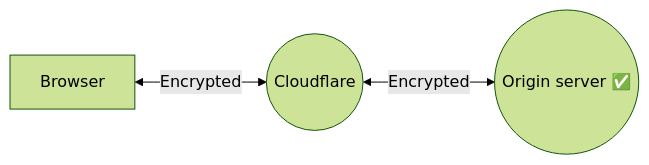
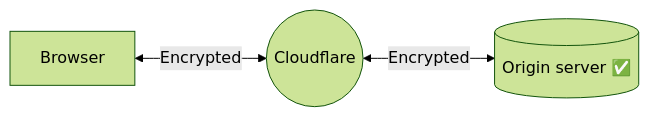
The diagram in content/ssl/origin-configuration/ssl-modes/full-strict.md (cloudflare/cloudflare-docs), drawn with Mermaid (forest theme) before and after one commit.

Commit message:
Full strict fix?

```diff
--- a/content/ssl/origin-configuration/ssl-modes/full-strict.md
+++ b/content/ssl/origin-configuration/ssl-modes/full-strict.md
@@ -13,6 +13,6 @@
 <div class="mermaid">
 flowchart LR
     accTitle: Full - Strict SSL/TLS Encryption
     accDescr: With an encryption mode of Full (strict), your application encrypts traffic going to and coming from Cloudflare.
-    A[Browser] <--Encrypted--> B((Cloudflare))<--Encrypted--> C(("Origin server &#9989;"))
+    A[Browser] <--Encrypted--> B((Cloudflare))<--Encrypted--> C[("Origin server &#9989;")]
 </div>
```
